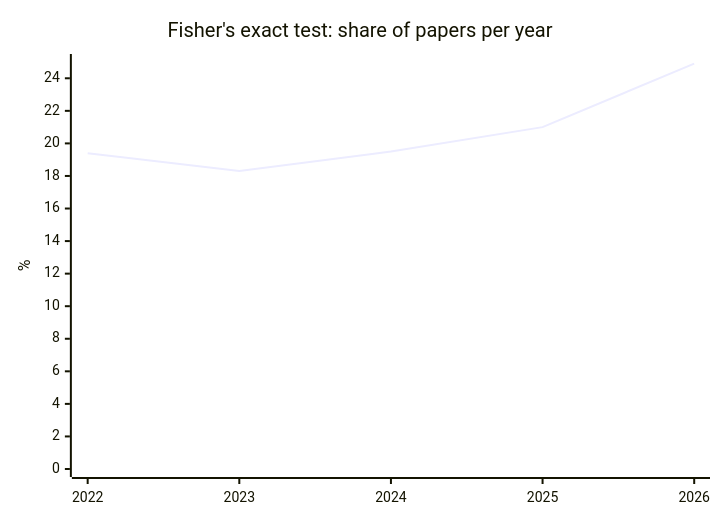
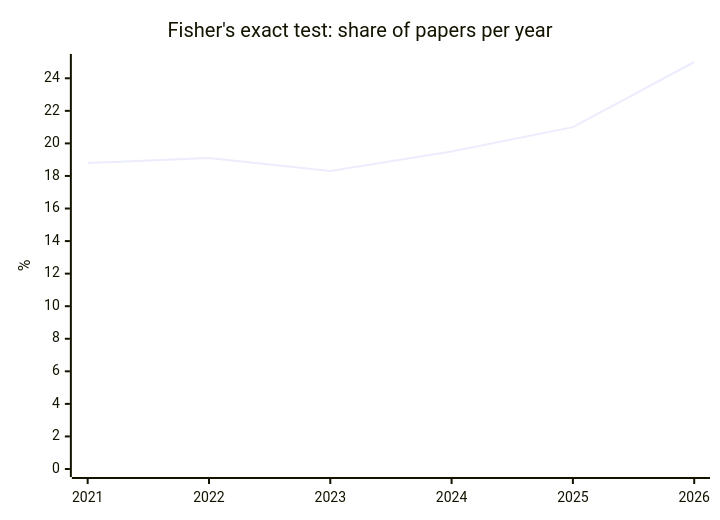
One commit to nfdi4health/datashield-function-ideas changed the fifth of 5 diagrams in literature-watch/reports/overview.md. Above: the diagram before and after it, drawn with Mermaid. The commit also changed other lines of this file and 1 other file, not shown here.

````diff
--- a/literature-watch/reports/overview.md
+++ b/literature-watch/reports/overview.md
@@ -84,7 +84,7 @@
 ```mermaid
 xychart-beta
   title "Fisher's exact test: share of papers per year"
-  x-axis [2022, 2023, 2024, 2025, 2026]
+  x-axis [2021, 2022, 2023, 2024, 2025, 2026]
   y-axis "%" 0 --> 25
-  line [19.4, 18.3, 19.5, 21.0, 24.9]
+  line [18.8, 19.1, 18.3, 19.5, 21.0, 25.0]
 ```
````
